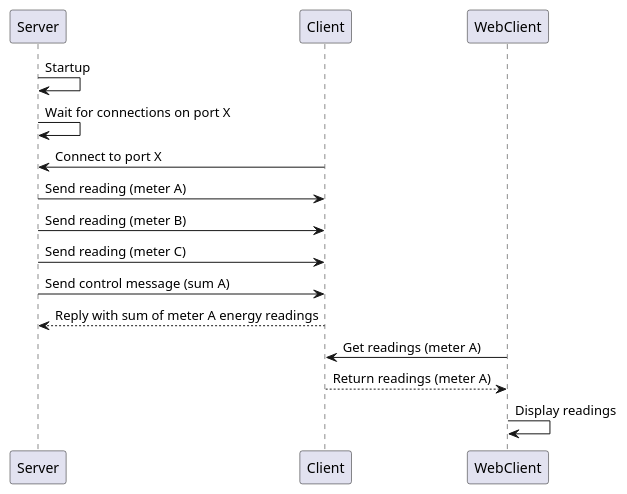
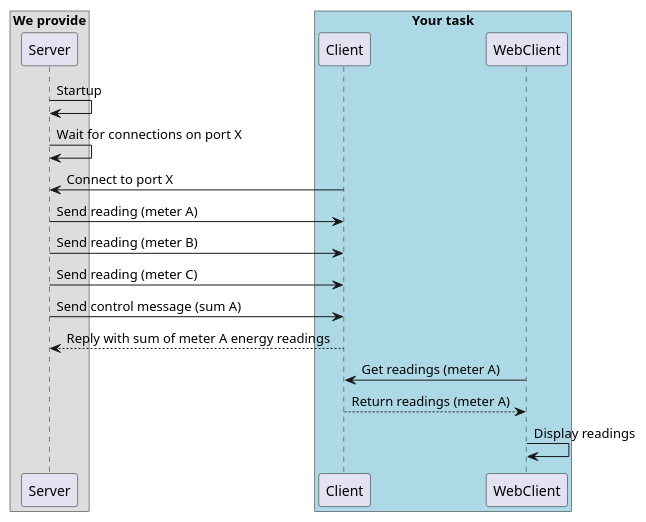
Before and after one commit to fresh-energy/coding-challenge: the diagram in docs/system.puml, drawn with PlantUML. The commit also changed 1 other file, not shown here.

```diff
--- a/docs/system.puml
+++ b/docs/system.puml
@@ -1,17 +1,27 @@
 @startuml
+
+box "We provide"
+    participant Server
+end box
+
+box "Your task" #Lightblue
+        participant Client
+        participant WebClient
+end box
+
 
 Server -> Server: Startup
 Server -> Server: Wait for connections on port X
 
 Client -> Server: Connect to port X
 
 Server -> Client: Send reading (meter A)
 Server -> Client: Send reading (meter B)
 Server -> Client: Send reading (meter C)
 Server -> Client: Send control message (sum A)
 Client --> Server: Reply with sum of meter A energy readings
 
 WebClient -> Client: Get readings (meter A)
 Client --> WebClient: Return readings (meter A)
 WebClient -> WebClient: Display readings
 @enduml
```
